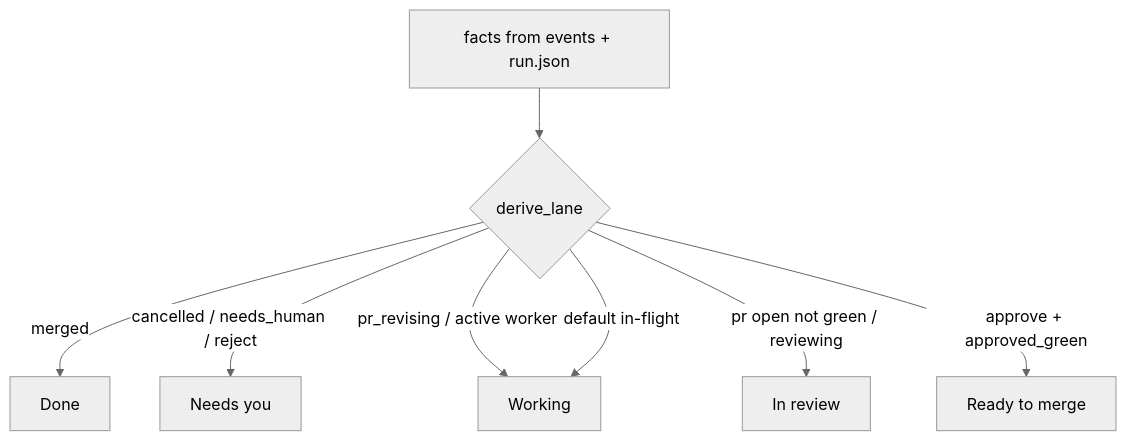
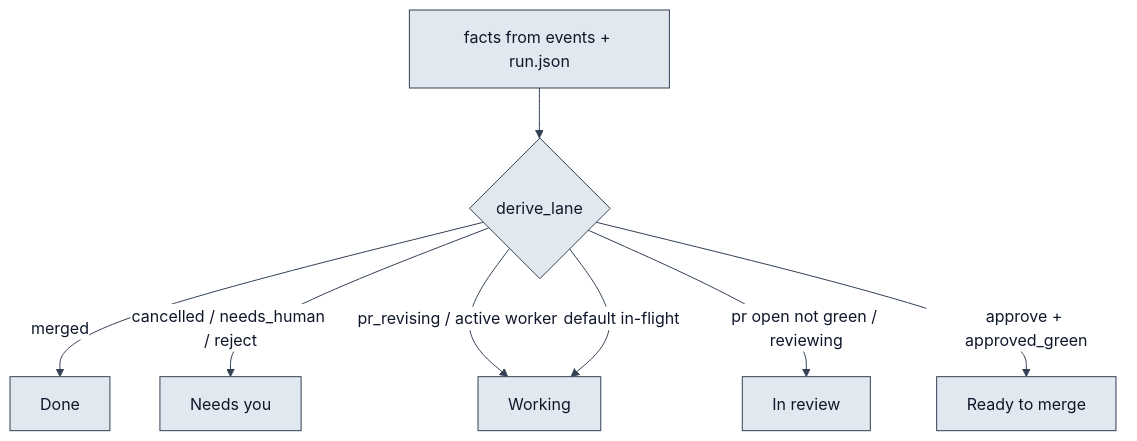
The diagram in docs/img/diagrams/lanes.mmd (AmartyaKumar11/TreeFleet), drawn with Mermaid before and after one commit. The commit also changed 10 other files, not shown here.

Commit message:
docs: improve diagram contrast and drop AO comparison from README.

```diff
--- a/docs/img/diagrams/lanes.mmd
+++ b/docs/img/diagrams/lanes.mmd
@@ -1,9 +1,9 @@
-%%{init: {'theme': 'neutral'}}%%
+%%{init: {'theme': 'base', 'themeVariables': {'background': '#ffffff', 'primaryColor': '#e2e8f0', 'primaryTextColor': '#0f172a', 'primaryBorderColor': '#334155', 'lineColor': '#334155', 'secondaryColor': '#f1f5f9', 'tertiaryColor': '#ffffff', 'edgeLabelBackground': '#ffffff'}}}%%
 flowchart TD
   F[facts from events + run.json] --> D{derive_lane}
   D -->|merged| DONE[Done]
   D -->|cancelled / needs_human / reject| NEEDS[Needs you]
   D -->|pr_revising / active worker| WORK[Working]
   D -->|pr open not green / reviewing| REV[In review]
   D -->|approve + approved_green| READY[Ready to merge]
   D -->|default in-flight| WORK
```
